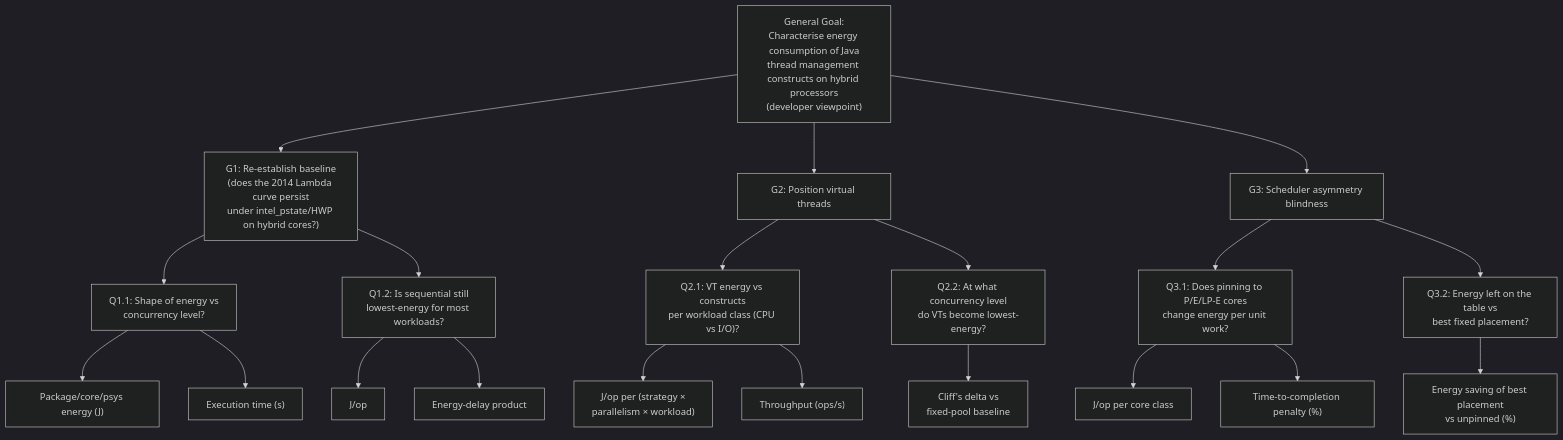
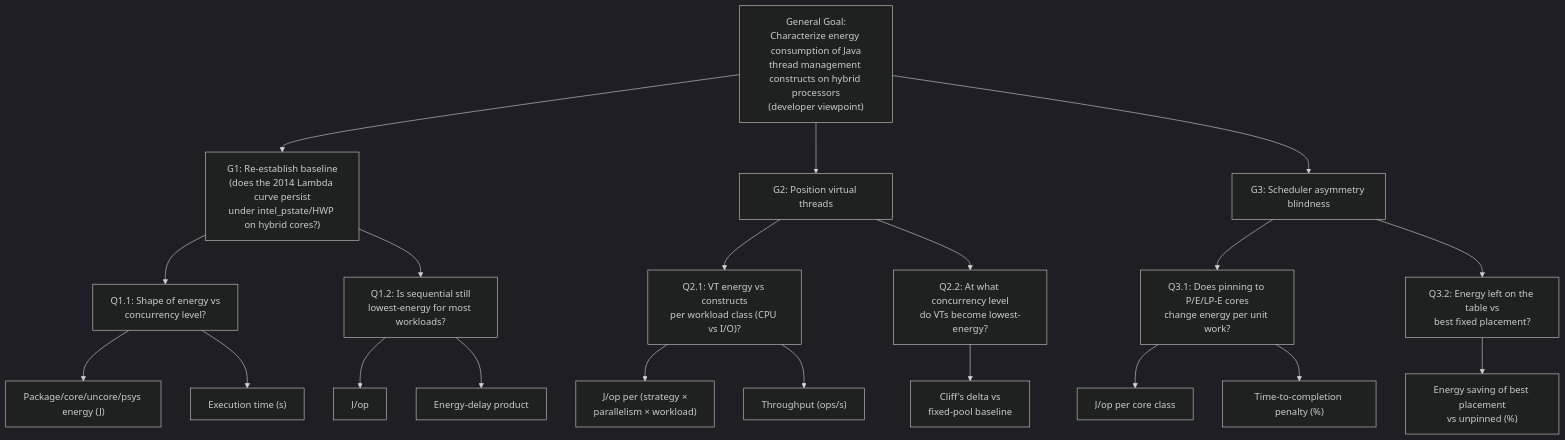
The diagram in paper/gqm.md (ImSounic/vt-energy-study), drawn with Mermaid (dark theme) before and after one commit. The commit also changed other lines of this file and 2 other files, not shown here.

Commit message:
docs: apply grader-review fixes — caveat the pilot headline, precise van Kempen framing, code listing

````diff
--- a/paper/gqm.md
+++ b/paper/gqm.md
@@ -58,30 +58,30 @@
 ```mermaid
 graph TD
-    GG["General Goal:<br/>Characterise energy consumption of Java<br/>thread management constructs on hybrid processors<br/>(developer viewpoint)"]
+    GG["General Goal:<br/>Characterize energy consumption of Java<br/>thread management constructs on hybrid processors<br/>(developer viewpoint)"]
 
     GG --> G1["G1: Re-establish baseline<br/>(does the 2014 Lambda curve persist<br/>under intel_pstate/HWP on hybrid cores?)"]
     GG --> G2["G2: Position virtual threads"]
     GG --> G3["G3: Scheduler asymmetry blindness"]
 
     G1 --> Q11["Q1.1: Shape of energy vs<br/>concurrency level?"]
     G1 --> Q12["Q1.2: Is sequential still<br/>lowest-energy for most workloads?"]
 
     G2 --> Q21["Q2.1: VT energy vs constructs<br/>per workload class (CPU vs I/O)?"]
     G2 --> Q22["Q2.2: At what concurrency level<br/>do VTs become lowest-energy?"]
 
     G3 --> Q31["Q3.1: Does pinning to P/E/LP-E cores<br/>change energy per unit work?"]
     G3 --> Q32["Q3.2: Energy left on the table vs<br/>best fixed placement?"]
 
-    Q11 --> M1["Package/core/psys energy (J)"]
+    Q11 --> M1["Package/core/uncore/psys energy (J)"]
     Q11 --> M2["Execution time (s)"]
     Q12 --> M3["J/op"]
     Q12 --> M4["Energy-delay product"]
 
     Q21 --> M5["J/op per (strategy ×<br/>parallelism × workload)"]
     Q21 --> M6["Throughput (ops/s)"]
     Q22 --> M7["Cliff's delta vs<br/>fixed-pool baseline"]
 
     Q31 --> M8["J/op per core class"]
     Q31 --> M9["Time-to-completion penalty (%)"]
     Q32 --> M10["Energy saving of best placement<br/>vs unpinned (%)"]
 ```
````
